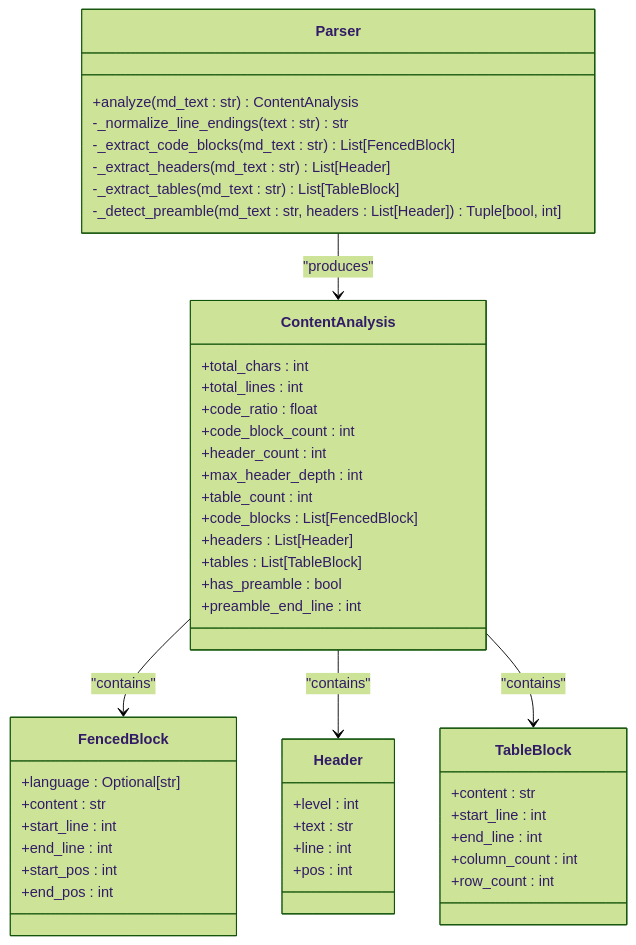
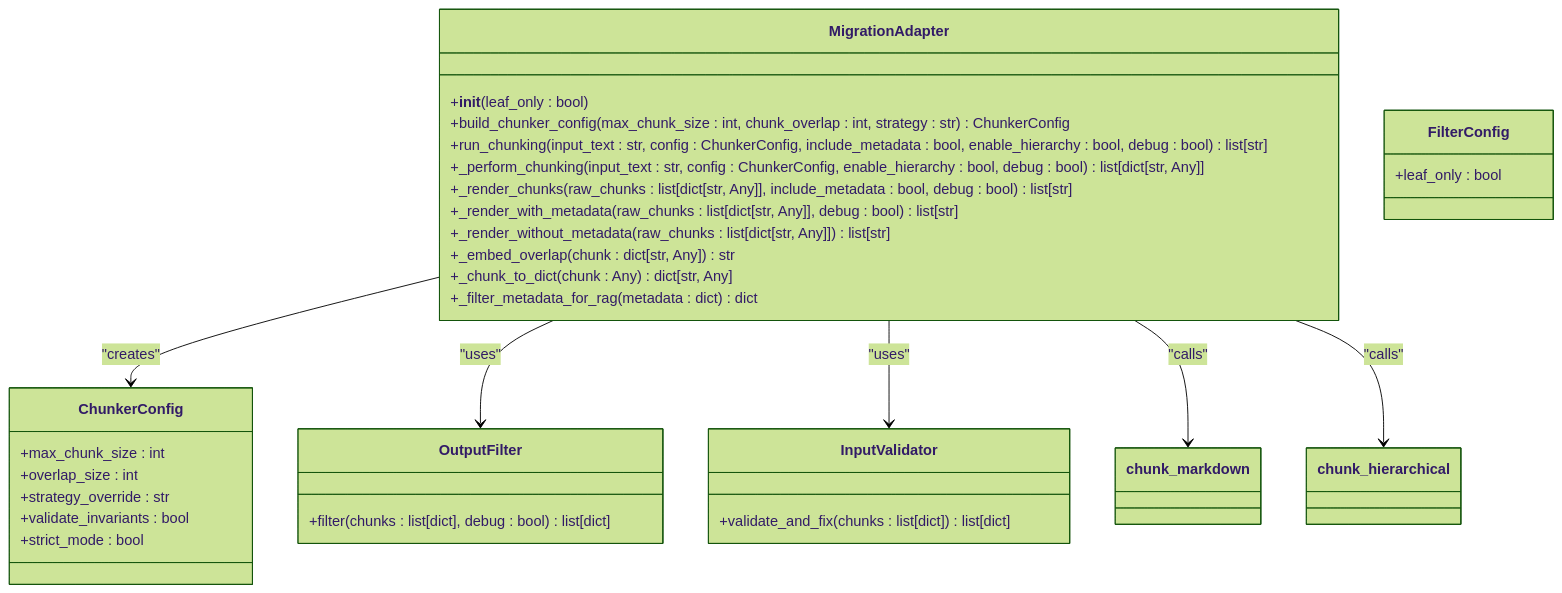
Before and after one commit to asukhodko/dify-markdown-chunker: the third of 8 diagrams in .qoder/repowiki/en/content/Architecture/Architecture Overview.md, drawn with Mermaid (forest theme). The commit also changed other lines of this file and 6 other files, not shown here.

First line of the commit message:
feat(adapter): introduce migration adapter for chunkana integration

````diff
--- a/.qoder/repowiki/en/content/Architecture/Architecture Overview.md
+++ b/.qoder/repowiki/en/content/Architecture/Architecture Overview.md
@@ -153,50 +124,36 @@
 ```mermaid
 classDiagram
-class Parser {
-+analyze(md_text : str) ContentAnalysis
--_normalize_line_endings(text : str) str
--_extract_code_blocks(md_text : str) List[FencedBlock]
--_extract_headers(md_text : str) List[Header]
--_extract_tables(md_text : str) List[TableBlock]
--_detect_preamble(md_text : str, headers : List[Header]) Tuple[bool, int]
+class MigrationAdapter {
++__init__(leaf_only : bool)
++build_chunker_config(max_chunk_size : int, chunk_overlap : int, strategy : str) ChunkerConfig
++run_chunking(input_text : str, config : ChunkerConfig, include_metadata : bool, enable_hierarchy : bool, debug : bool) list[str]
++_perform_chunking(input_text : str, config : ChunkerConfig, enable_hierarchy : bool, debug : bool) list[dict[str, Any]]
++_render_chunks(raw_chunks : list[dict[str, Any]], include_metadata : bool, debug : bool) list[str]
++_render_with_metadata(raw_chunks : list[dict[str, Any]], debug : bool) list[str]
++_render_without_metadata(raw_chunks : list[dict[str, Any]]) list[str]
++_embed_overlap(chunk : dict[str, Any]) str
++_chunk_to_dict(chunk : Any) dict[str, Any]
++_filter_metadata_for_rag(metadata : dict) dict
 }
-class ContentAnalysis {
-+total_chars : int
-+total_lines : int
-+code_ratio : float
-+code_block_count : int
-+header_count : int
-+max_header_depth : int
-+table_count : int
-+code_blocks : List[FencedBlock]
-+headers : List[Header]
-+tables : List[TableBlock]
-+has_preamble : bool
-+preamble_end_line : int
+class ChunkerConfig {
++max_chunk_size : int
++overlap_size : int
++strategy_override : str
++validate_invariants : bool
++strict_mode : bool
 }
-class FencedBlock {
-+language : Optional[str]
-+content : str
-+start_line : int
-+end_line : int
-+start_pos : int
-+end_pos : int
+class FilterConfig {
++leaf_only : bool
 }
-class Header {
-+level : int
-+text : str
-+line : int
-+pos : int
+class OutputFilter {
++filter(chunks : list[dict], debug : bool) list[dict]
 }
-class TableBlock {
-+content : str
-+start_line : int
-+end_line : int
-+column_count : int
-+row_count : int
+class InputValidator {
++validate_and_fix(chunks : list[dict]) list[dict]
 }
-Parser --> ContentAnalysis : "produces"
-ContentAnalysis --> FencedBlock : "contains"
-ContentAnalysis --> Header : "contains"
-ContentAnalysis --> TableBlock : "contains"
+MigrationAdapter --> ChunkerConfig : "creates"
+MigrationAdapter --> OutputFilter : "uses"
+MigrationAdapter --> InputValidator : "uses"
+MigrationAdapter --> chunk_markdown : "calls"
+MigrationAdapter --> chunk_hierarchical : "calls"
 ```
````
